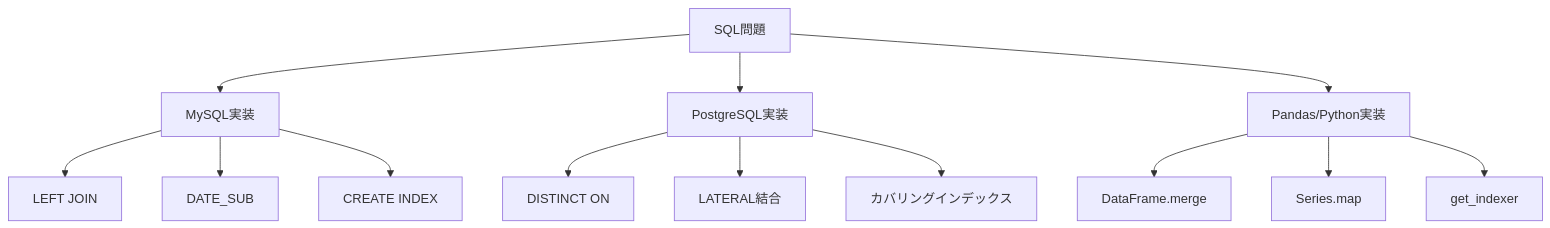
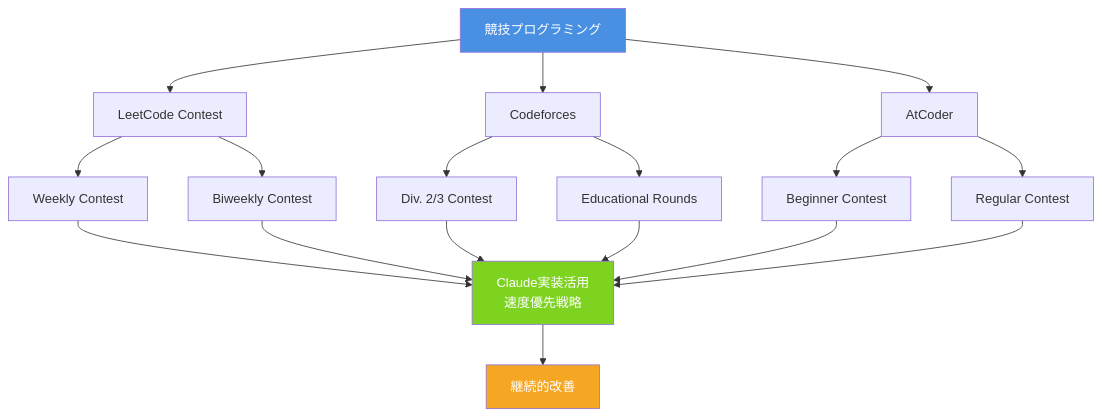
One commit to myoshi2891/Algorithm-DataStructures-Math-SQL changed diagram 20 of 24 in README.md. Above: the diagram before and after it, drawn with Mermaid. The commit also changed other lines of this file, not shown here.

````diff
--- a/README.md
+++ b/README.md
@@ -311,18 +1322,28 @@
 ```mermaid
 graph TD
-    A[SQL問題] --> B[MySQL実装]
-    A --> C[PostgreSQL実装]
-    A --> D[Pandas/Python実装]
+    Contest[競技プログラミング] --> Platform1[LeetCode Contest]
+    Contest --> Platform2[Codeforces]
+    Contest --> Platform3[AtCoder]
     
-    B --> B1[LEFT JOIN]
-    B --> B2[DATE_SUB]
-    B --> B3[CREATE INDEX]
+    Platform1 --> LC1[Weekly Contest]
+    Platform1 --> LC2[Biweekly Contest]
     
-    C --> C1[DISTINCT ON]
-    C --> C2[LATERAL結合]
-    C --> C3[カバリングインデックス]
+    Platform2 --> CF1[Div. 2/3 Contest]
+    Platform2 --> CF2[Educational Rounds]
     
-    D --> D1[DataFrame.merge]
-    D --> D2[Series.map]
-    D --> D3[get_indexer]
+    Platform3 --> AC1[Beginner Contest]
+    Platform3 --> AC2[Regular Contest]
+    
+    LC1 --> Strategy[Claude実装活用<br/>速度優先戦略]
+    LC2 --> Strategy
+    CF1 --> Strategy
+    CF2 --> Strategy
+    AC1 --> Strategy
+    AC2 --> Strategy
+    
+    Strategy --> Improve[継続的改善]
+    
+    style Contest fill:#4A90E2,color:#fff
+    style Strategy fill:#7ED321,color:#fff
+    style Improve fill:#F5A623,color:#fff
 ```
````
